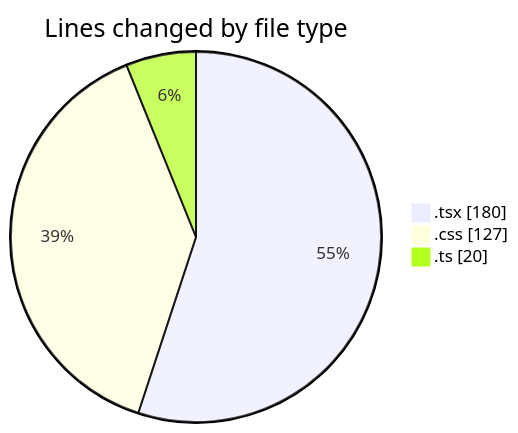
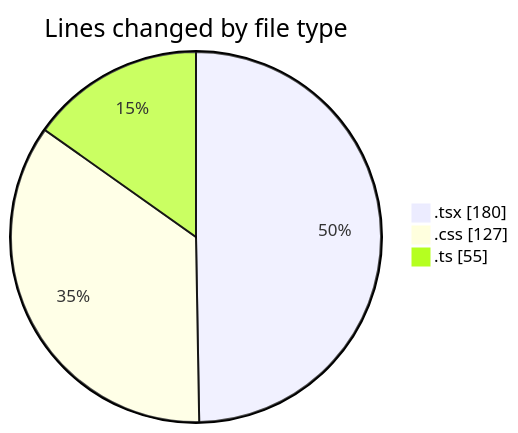
One commit to robertbonfada/code-tracking changed the first of 2 diagrams in 2025-01-09/mbc-web/README.md. Above: the diagram before and after it, drawn with Mermaid. The commit also changed other lines of this file and 1 other file, not shown here.

````diff
--- a/2025-01-09/mbc-web/README.md
+++ b/2025-01-09/mbc-web/README.md
@@ -29,7 +29,7 @@
 ```mermaid
 pie showData
 title Lines changed by file type
 ".tsx" : 180
 ".css" : 127
-".ts" : 20
+".ts" : 55
 ```
````
